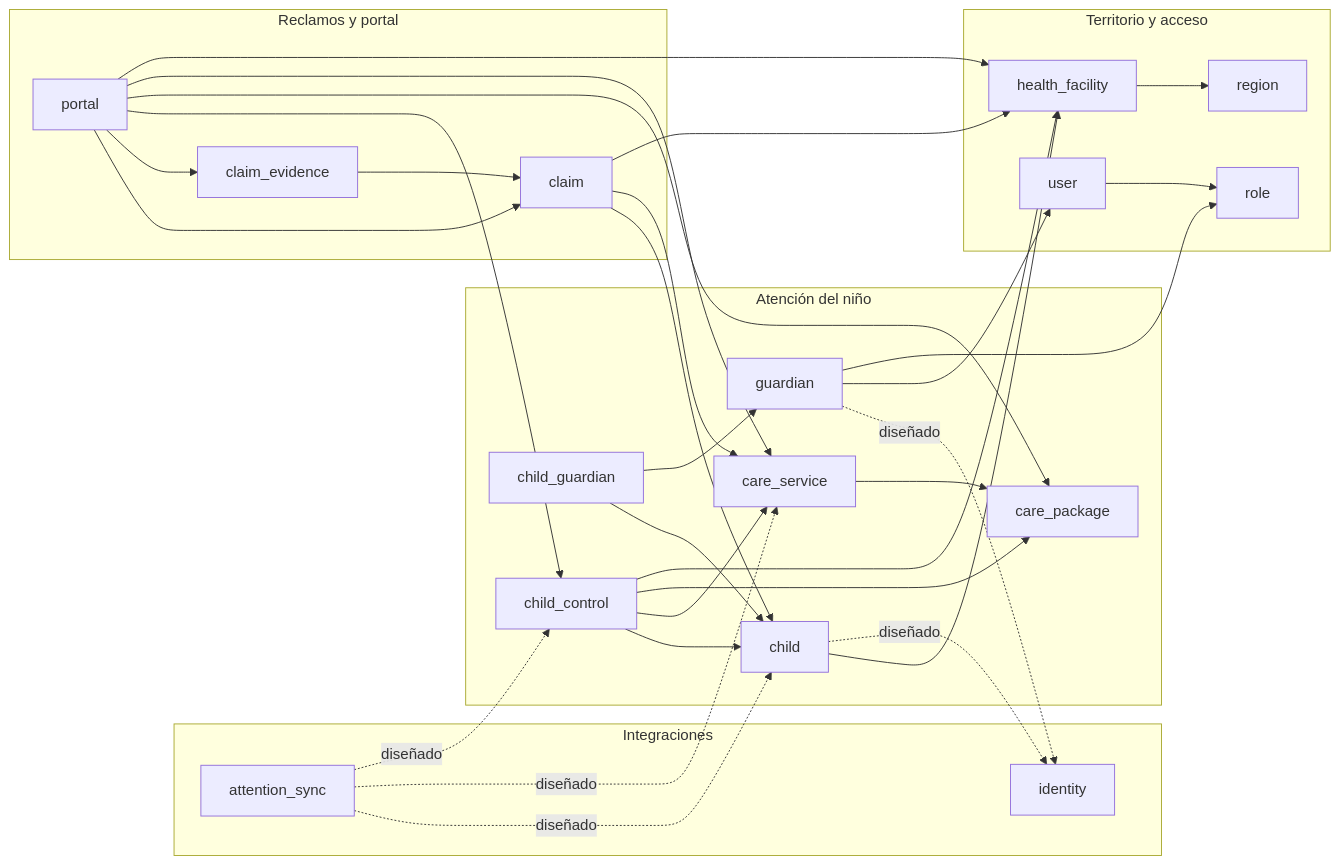
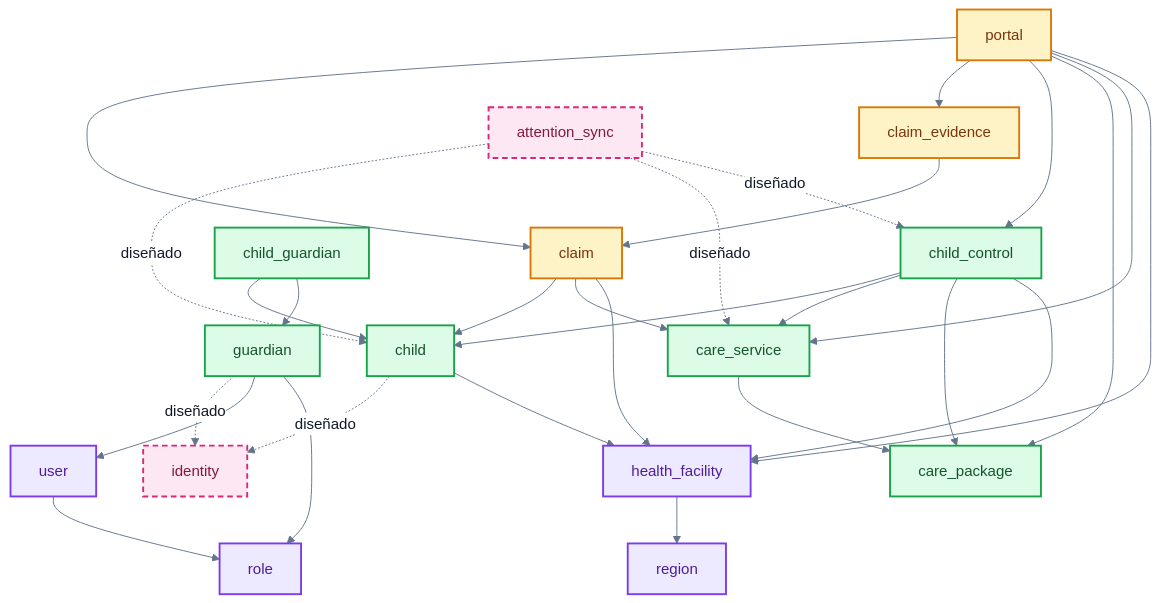
The second of 2 diagrams in docs/04-modelo-c4/nivel-3-componentes.md (germanAmiqueroPeralta/SPRINT1), drawn with Mermaid before and after one commit. The commit also changed other lines of this file, not shown here.

Commit message:
Diagramas de componentes C4 en vertical y con colores por grupo

````diff
--- a/docs/04-modelo-c4/nivel-3-componentes.md
+++ b/docs/04-modelo-c4/nivel-3-componentes.md
@@ -86,40 +98,42 @@
 ```mermaid
-flowchart LR
-    subgraph Integraciones
-        identity[identity]
-        sync[attention_sync]
-    end
-    subgraph Atencion["Atención del niño"]
-        child[child]
-        guardian[guardian]
-        cg[child_guardian]
-        pkg[care_package]
-        srv[care_service]
-        ctrl[child_control]
-    end
-    subgraph Base["Territorio y acceso"]
-        hf[health_facility]
-        region[region]
-        user[user]
-        role[role]
-    end
-    subgraph Familias["Reclamos y portal"]
-        claim[claim]
-        ev[claim_evidence]
-        portal[portal]
-    end
+%%{init: {"theme": "base", "themeVariables": {"primaryColor": "#ffffff", "primaryTextColor": "#111827", "primaryBorderColor": "#475569", "lineColor": "#64748b", "textColor": "#111827", "titleColor": "#111827", "edgeLabelBackground": "#ffffff", "clusterBkg": "#f8fafc", "clusterBorder": "#94a3b8"}, "flowchart": {"wrappingWidth": 600}}}%%
+flowchart TB
+    portal[portal]
+    claim[claim]
+    ev[claim_evidence]
+    sync[attention_sync]
+    identity[identity]
+    cg[child_guardian]
+    ctrl[child_control]
+    child[child]
+    guardian[guardian]
+    srv[care_service]
+    pkg[care_package]
+    hf[health_facility]
+    user[user]
+    region[region]
+    role[role]
 
-    child --> hf
+    portal --> claim & ev & ctrl & pkg & srv & hf
+    ev --> claim
+    claim --> child & srv & hf
+    sync -.->|diseñado| child & srv & ctrl
+    cg --> child & guardian
+    ctrl --> child & srv & pkg & hf
     child -.->|diseñado| identity
     guardian -.->|diseñado| identity
+    child --> hf
     guardian --> user & role
-    cg --> child & guardian
     srv --> pkg
-    ctrl --> child & srv & pkg & hf
-    sync -.->|diseñado| child & srv & ctrl
     hf --> region
     user --> role
-    claim --> child & srv & hf
-    ev --> claim
-    portal --> claim & ev & ctrl & pkg & srv & hf
+
+    classDef rec fill:#fef3c7,stroke:#d97706,stroke-width:2px,color:#78350f
+    classDef int fill:#fce7f3,stroke:#db2777,stroke-width:2px,stroke-dasharray:6 4,color:#831843
+    classDef ate fill:#dcfce7,stroke:#16a34a,stroke-width:2px,color:#14532d
+    classDef bas fill:#ede9fe,stroke:#7c3aed,stroke-width:2px,color:#4c1d95
+    class portal,claim,ev rec
+    class sync,identity int
+    class cg,ctrl,child,guardian,srv,pkg ate
+    class hf,user,region,role bas
 ```
````
